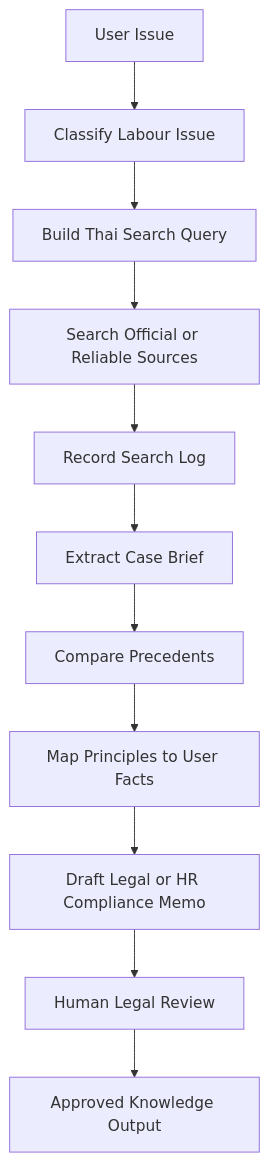
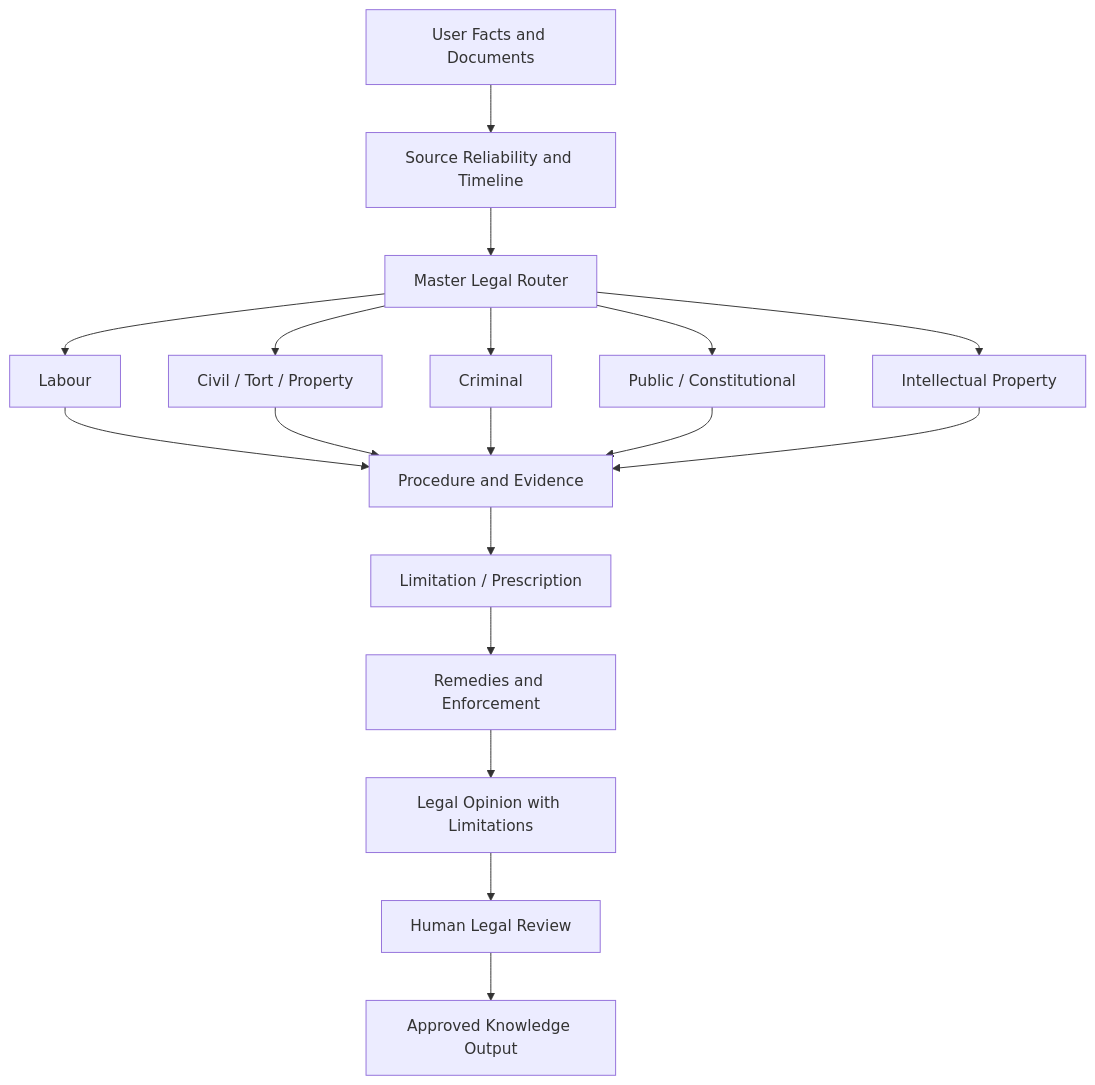
Before and after one commit to PhuminDecOKnoi/GitHub-style-Skill-Library-Agent-: the diagram in README.md, drawn with Mermaid. The commit also changed other lines of this file and 1 other file, not shown here.

First line of the commit message:
feat: expand repository to multi-domain Thai legal AI framework

````diff
--- a/README.md
+++ b/README.md
@@ -52,13 +65,20 @@
 ```mermaid
 flowchart TD
-    A[User Issue] --> B[Classify Labour Issue]
-    B --> C[Build Thai Search Query]
-    C --> D[Search Official or Reliable Sources]
-    D --> E[Record Search Log]
-    E --> F[Extract Case Brief]
-    F --> G[Compare Precedents]
-    G --> H[Map Principles to User Facts]
-    H --> I[Draft Legal or HR Compliance Memo]
-    I --> J[Human Legal Review]
-    J --> K[Approved Knowledge Output]
+    A[User Facts and Documents] --> B[Source Reliability and Timeline]
+    B --> C[Master Legal Router]
+    C --> D1[Labour]
+    C --> D2[Civil / Tort / Property]
+    C --> D3[Criminal]
+    C --> D4[Public / Constitutional]
+    C --> D5[Intellectual Property]
+    D1 --> E[Procedure and Evidence]
+    D2 --> E
+    D3 --> E
+    D4 --> E
+    D5 --> E
+    E --> F[Limitation / Prescription]
+    F --> G[Remedies and Enforcement]
+    G --> H[Legal Opinion with Limitations]
+    H --> I[Human Legal Review]
+    I --> J[Approved Knowledge Output]
 ```
````
